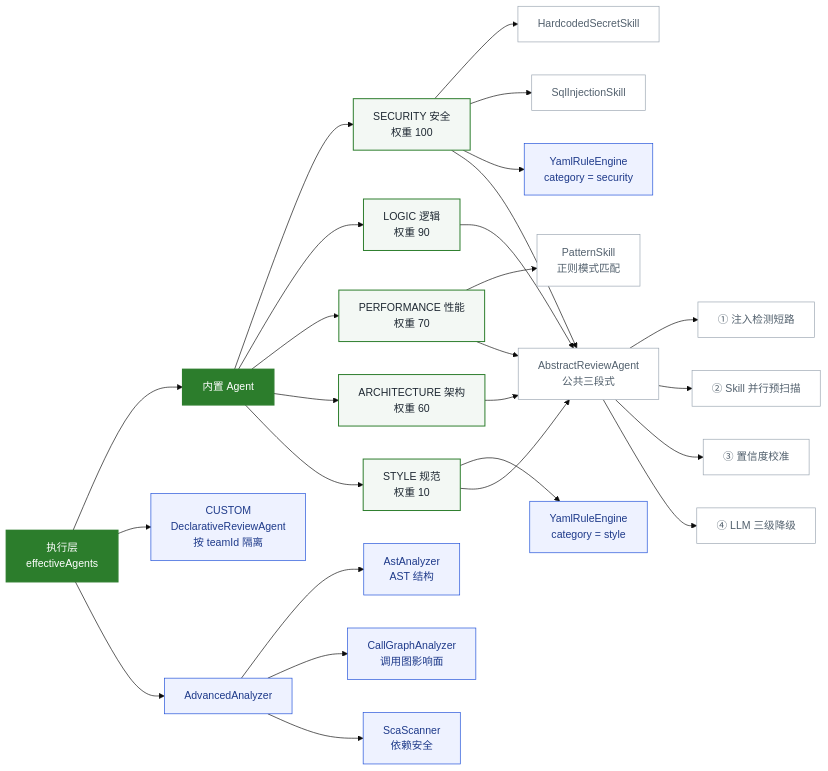
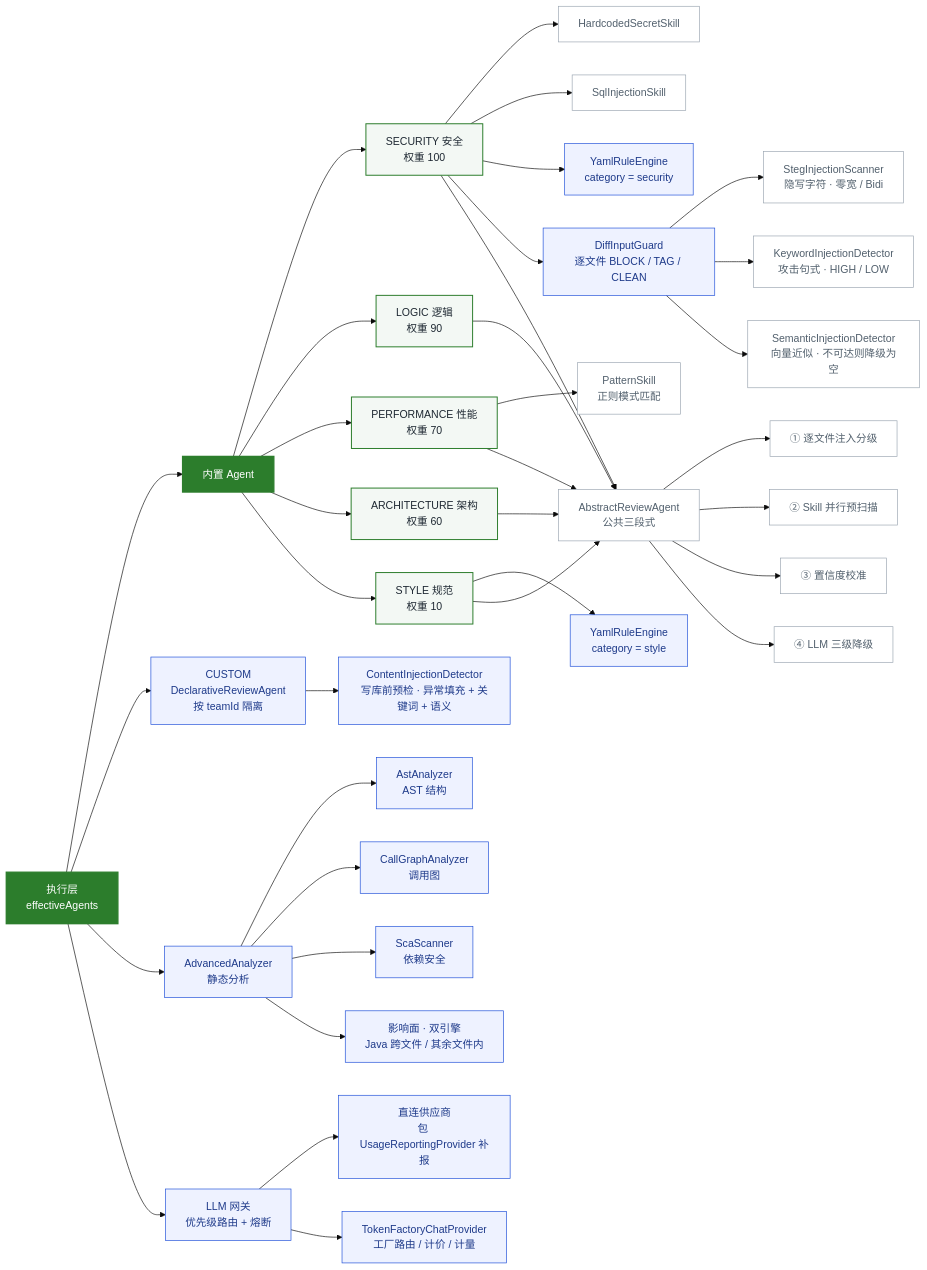
One commit to 13liyunfei/code-review-agent changed the diagram in docs/diagrams/l7-capability.mmd. Above: the diagram before and after it, drawn with Mermaid (base theme). The commit also changed 10 other files, not shown here.

First line of the commit message:
docs: 图集同步项目近期演进，新增影响面分析专图（11 → 12 张）

```diff
--- a/docs/diagrams/l7-capability.mmd
+++ b/docs/diagrams/l7-capability.mmd
@@ -1,40 +1,52 @@
 flowchart LR
     ROOT["执行层<br/>effectiveAgents"] --> BI["内置 Agent"]
     ROOT --> A6["CUSTOM<br/>DeclarativeReviewAgent<br/>按 teamId 隔离"]
-    ROOT --> A7["AdvancedAnalyzer"]
+    ROOT --> A7["AdvancedAnalyzer<br/>静态分析"]
+    ROOT --> GW["LLM 网关<br/>优先级路由 + 熔断"]
 
     BI --> A1["SECURITY 安全<br/>权重 100"]
     BI --> A2["LOGIC 逻辑<br/>权重 90"]
     BI --> A3["PERFORMANCE 性能<br/>权重 70"]
     BI --> A4["ARCHITECTURE 架构<br/>权重 60"]
     BI --> A5["STYLE 规范<br/>权重 10"]
 
     A1 --> S1["HardcodedSecretSkill"]
     A1 --> S2["SqlInjectionSkill"]
     A1 --> S3["YamlRuleEngine<br/>category = security"]
     A3 --> S4["PatternSkill<br/>正则模式匹配"]
     A5 --> S5["YamlRuleEngine<br/>category = style"]
 
+    A1 --> D1["DiffInputGuard<br/>逐文件 BLOCK / TAG / CLEAN"]
+    D1 --> D2["StegInjectionScanner<br/>隐写字符 · 零宽 / Bidi"]
+    D1 --> D3["KeywordInjectionDetector<br/>攻击句式 · HIGH / LOW"]
+    D1 --> D4["SemanticInjectionDetector<br/>向量近似 · 不可达则降级为空"]
+
+    A6 --> D5["ContentInjectionDetector<br/>写库前预检 · 异常填充 + 关键词 + 语义"]
+
     A7 --> Z1["AstAnalyzer<br/>AST 结构"]
-    A7 --> Z2["CallGraphAnalyzer<br/>调用图影响面"]
+    A7 --> Z2["CallGraphAnalyzer<br/>调用图"]
     A7 --> Z3["ScaScanner<br/>依赖安全"]
+    A7 --> Z4["影响面 · 双引擎<br/>Java 跨文件 / 其余文件内"]
+
+    GW --> L1["直连供应商<br/>包 UsageReportingProvider 补报"]
+    GW --> L2["TokenFactoryChatProvider<br/>工厂路由 / 计价 / 计量"]
 
     A1 --> P["AbstractReviewAgent<br/>公共三段式"]
     A2 --> P
     A3 --> P
     A4 --> P
     A5 --> P
 
-    P --> P1["① 注入检测短路"]
+    P --> P1["① 逐文件注入分级"]
     P --> P2["② Skill 并行预扫描"]
     P --> P3["③ 置信度校准"]
     P --> P4["④ LLM 三级降级"]
 
     classDef root fill:#2c7d2c,stroke:#2c7d2c,stroke-width:2px,color:#fff;
     classDef agent fill:#F3F8F4,stroke:#2c7d2c,stroke-width:1.5px,color:#1f2933;
     classDef custom fill:#EEF2FF,stroke:#1d4ed8,stroke-width:1px,color:#1e3a8a;
     classDef leaf fill:#FFFFFF,stroke:#9aa5b1,stroke-width:1px,color:#52606d;
     class ROOT,BI root;
     class A1,A2,A3,A4,A5 agent;
-    class A6,A7,S3,S5,Z1,Z2,Z3 custom;
-    class S1,S2,S4,P,P1,P2,P3,P4 leaf;
+    class A6,A7,GW,S3,S5,Z1,Z2,Z3,Z4,D1,D5,L1,L2 custom;
+    class S1,S2,S4,P,P1,P2,P3,P4,D2,D3,D4 leaf;
```
